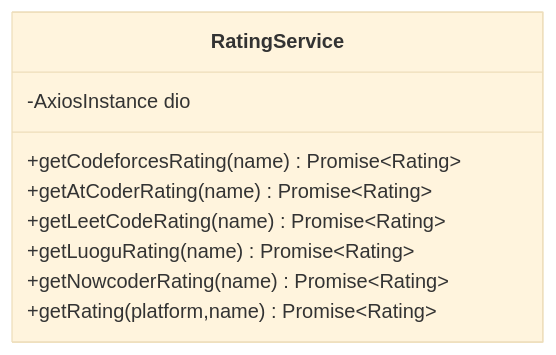
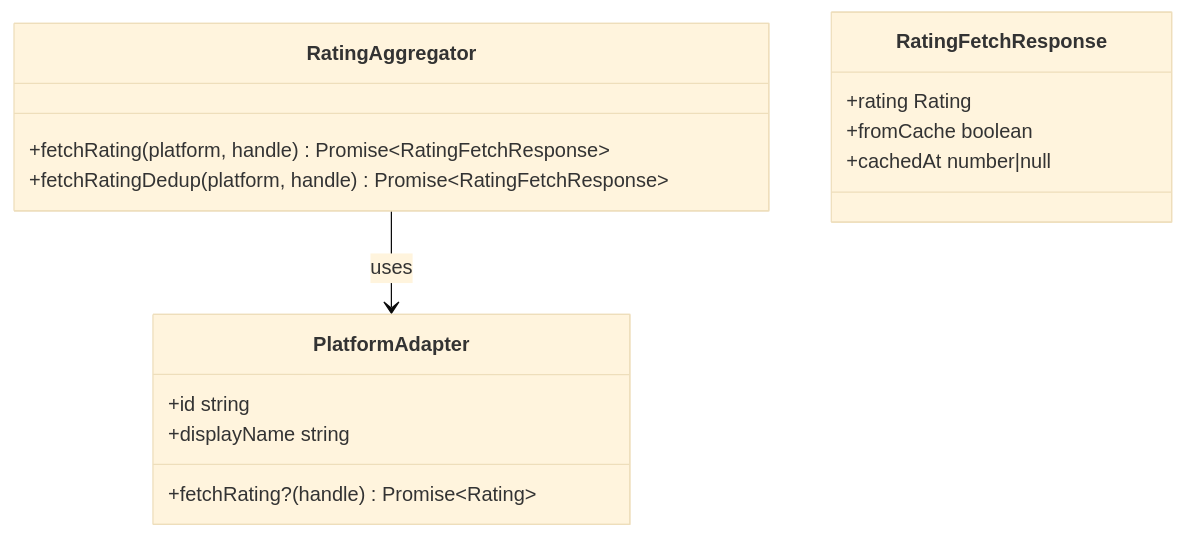
Before and after one commit to Siborne/OJFlow: the fourth of 7 diagrams in .qoder/repowiki/zh/content/API参考/服务层API/服务层API.md, drawn with Mermaid (base theme). The commit also changed other lines of this file and 23 other files, not shown here.

````diff
--- a/.qoder/repowiki/zh/content/API参考/服务层API/服务层API.md
+++ b/.qoder/repowiki/zh/content/API参考/服务层API/服务层API.md
@@ -277,12 +267,18 @@
 ```mermaid
 classDiagram
-class RatingService {
--AxiosInstance dio
-+getCodeforcesRating(name) Promise~Rating~
-+getAtCoderRating(name) Promise~Rating~
-+getLeetCodeRating(name) Promise~Rating~
-+getLuoguRating(name) Promise~Rating~
-+getNowcoderRating(name) Promise~Rating~
-+getRating(platform,name) Promise~Rating~
+class RatingAggregator {
++fetchRating(platform, handle) Promise~RatingFetchResponse~
++fetchRatingDedup(platform, handle) Promise~RatingFetchResponse~
 }
+class PlatformAdapter {
++id string
++displayName string
++fetchRating?(handle) Promise~Rating~
+}
+class RatingFetchResponse {
++rating Rating
++fromCache boolean
++cachedAt number|null
+}
+RatingAggregator --> PlatformAdapter : uses
 ```
````
